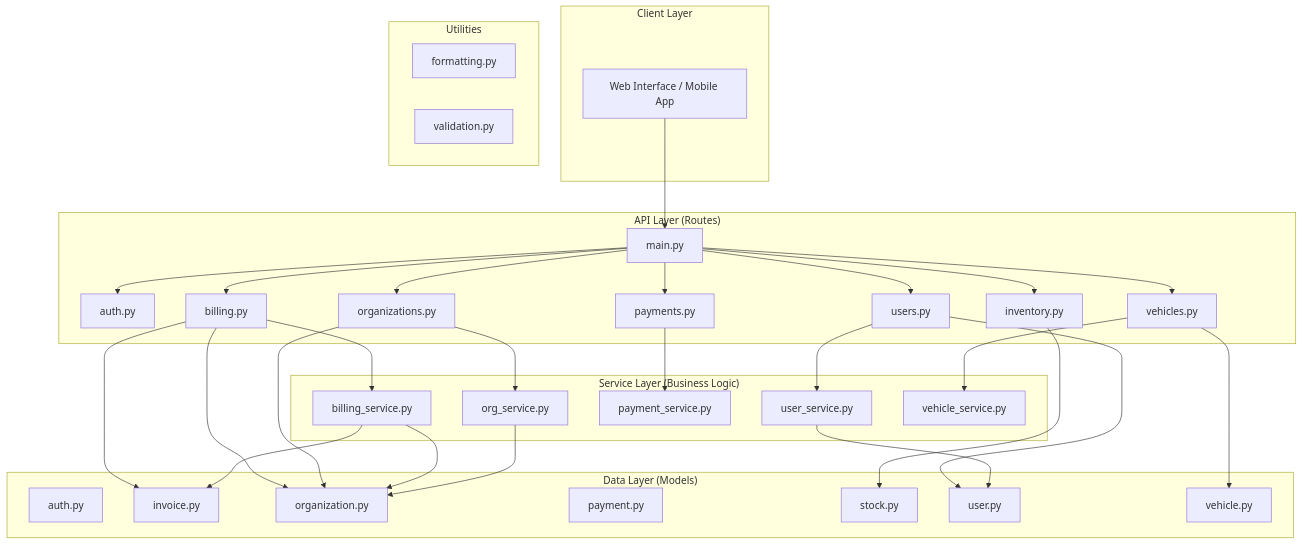
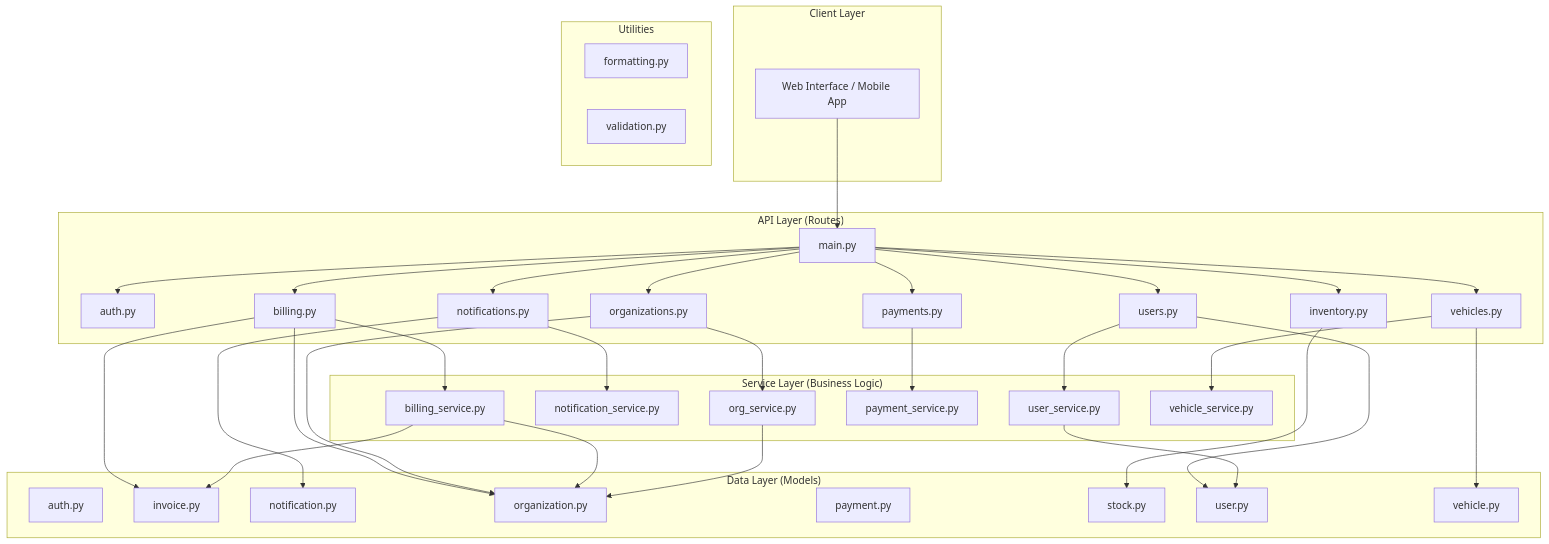
One commit to koffandaff/AutoCodeDoc changed the diagram in doc_automation_platform/docs/architecture/system_diagram.mmd. Above: the diagram before and after it, drawn with Mermaid. The commit also changed 68 other files, not shown here.

```diff
--- a/doc_automation_platform/docs/architecture/system_diagram.mmd
+++ b/doc_automation_platform/docs/architecture/system_diagram.mmd
@@ -1,62 +1,68 @@
 graph TD
     subgraph ClientLayer ["Client Layer"]
         UI["Web Interface / Mobile App"]
     end
 
     subgraph APILayer ["API Layer (Routes)"]
         api_main["main.py"]
         api_auth["auth.py"]
         api_billing["billing.py"]
         api_inventory["inventory.py"]
+        api_notifications["notifications.py"]
         api_organizations["organizations.py"]
         api_payments["payments.py"]
         api_users["users.py"]
         api_vehicles["vehicles.py"]
     end
 
     subgraph ServiceLayer ["Service Layer (Business Logic)"]
         svc_billing_service["billing_service.py"]
+        svc_notification_service["notification_service.py"]
         svc_org_service["org_service.py"]
         svc_payment_service["payment_service.py"]
         svc_user_service["user_service.py"]
         svc_vehicle_service["vehicle_service.py"]
     end
 
     subgraph DataLayer ["Data Layer (Models)"]
         mdl_auth["auth.py"]
         mdl_invoice["invoice.py"]
+        mdl_notification["notification.py"]
         mdl_organization["organization.py"]
         mdl_payment["payment.py"]
         mdl_stock["stock.py"]
         mdl_user["user.py"]
         mdl_vehicle["vehicle.py"]
     end
 
     subgraph UtilsLayer ["Utilities"]
         utl_formatting["formatting.py"]
         utl_validation["validation.py"]
     end
 
     UI --> api_main
     api_main --> api_auth
     api_main --> api_billing
     api_main --> api_inventory
+    api_main --> api_notifications
     api_main --> api_organizations
     api_main --> api_payments
     api_main --> api_users
     api_main --> api_vehicles
     api_billing --> mdl_invoice
     api_billing --> mdl_organization
     api_billing --> svc_billing_service
     api_inventory --> mdl_stock
+    api_notifications --> mdl_notification
+    api_notifications --> svc_notification_service
     api_organizations --> mdl_organization
     api_organizations --> svc_org_service
     api_payments --> svc_payment_service
     api_users --> mdl_user
     api_users --> svc_user_service
     api_vehicles --> mdl_vehicle
     api_vehicles --> svc_vehicle_service
     svc_billing_service --> mdl_invoice
     svc_billing_service --> mdl_organization
     svc_org_service --> mdl_organization
     svc_user_service --> mdl_user
```
